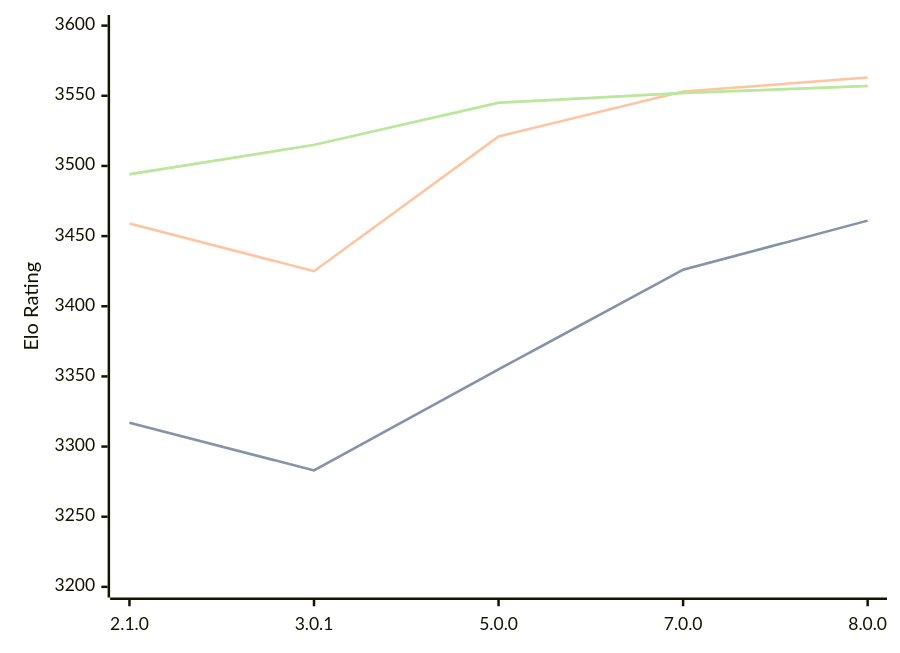
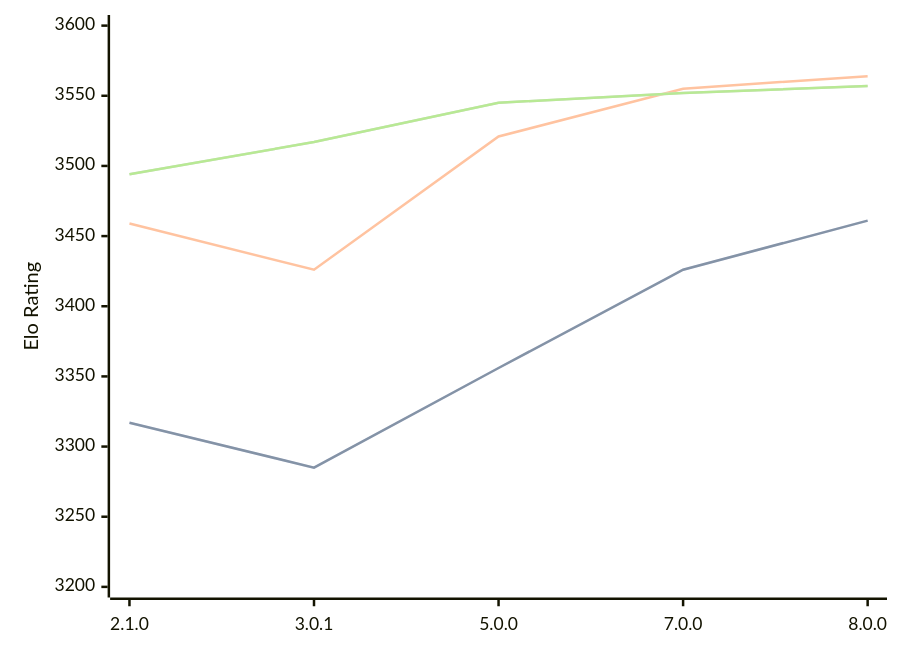
Before and after one commit to computer-chess-index/cci: the third of 3 diagrams in engines/PlentyChess.md, drawn with Mermaid. The commit also changed other lines of this file, not shown here.

Commit message:
Update CCI Ratings (ELO VLTC) - 2026-07-14

````diff
--- a/engines/PlentyChess.md
+++ b/engines/PlentyChess.md
@@ -79,11 +79,11 @@
 ```mermaid
 %%{init: {"theme":"base","themeVariables":{"seriesColors:['#a3a3a3','#222221','#faa371']}}}%%
 xychart-beta
   x-axis ["2.1.0", "3.0.1", "5.0.0", "7.0.0", "8.0.0"]
   y-axis "Elo Rating" 3200 --> 3600
-  line "STC (8.0+0.08s)" [3317, 3283, 3355, 3426, 3461]
-  line "STC (8.0+0.08s)" [3317, 3283, 3355, 3426, 3461]
-  line "LTC (60.0+0.60s)" [3459, 3425, 3521, 3553, 3563]
-  line "VLTC (2m24s+1.12s)" [3494, 3515, 3545, 3552, 3557]
-  line "VLTC (2m24s+1.12s)" [3494, 3515, 3545, 3552, 3557]
+  line "STC (8.0+0.08s)" [3317, 3285, 3356, 3426, 3461]
+  line "STC (8.0+0.08s)" [3317, 3285, 3356, 3426, 3461]
+  line "LTC (60.0+0.60s)" [3459, 3426, 3521, 3555, 3564]
+  line "VLTC (2m24s+1.12s)" [3494, 3517, 3545, 3552, 3557]
+  line "VLTC (2m24s+1.12s)" [3494, 3517, 3545, 3552, 3557]
 ```
````
